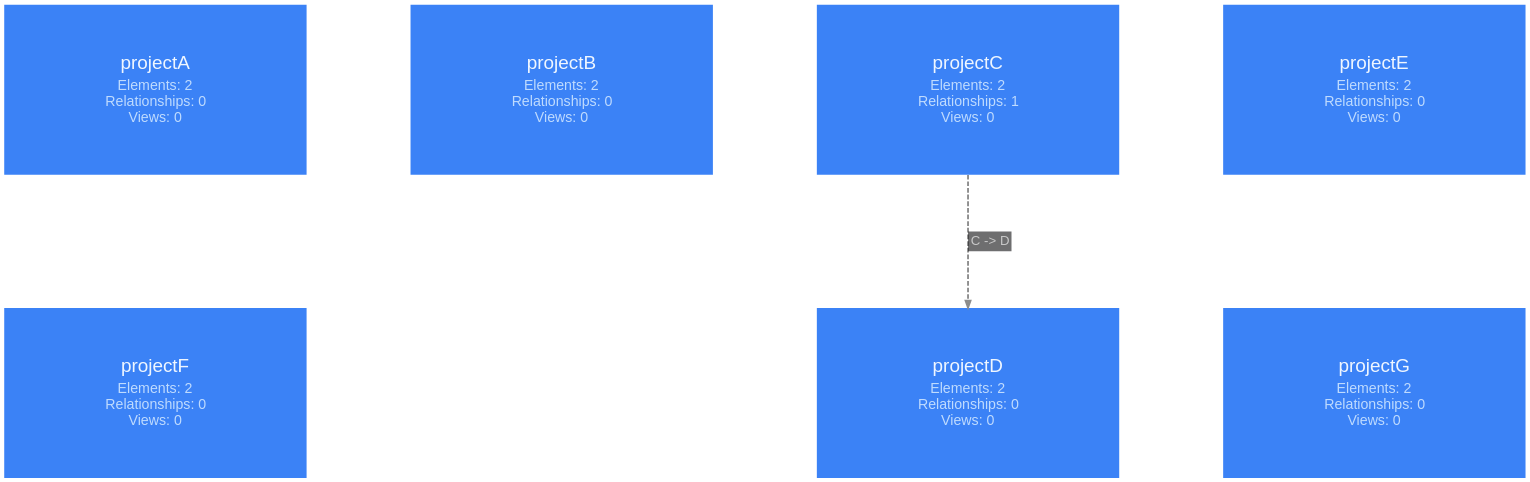
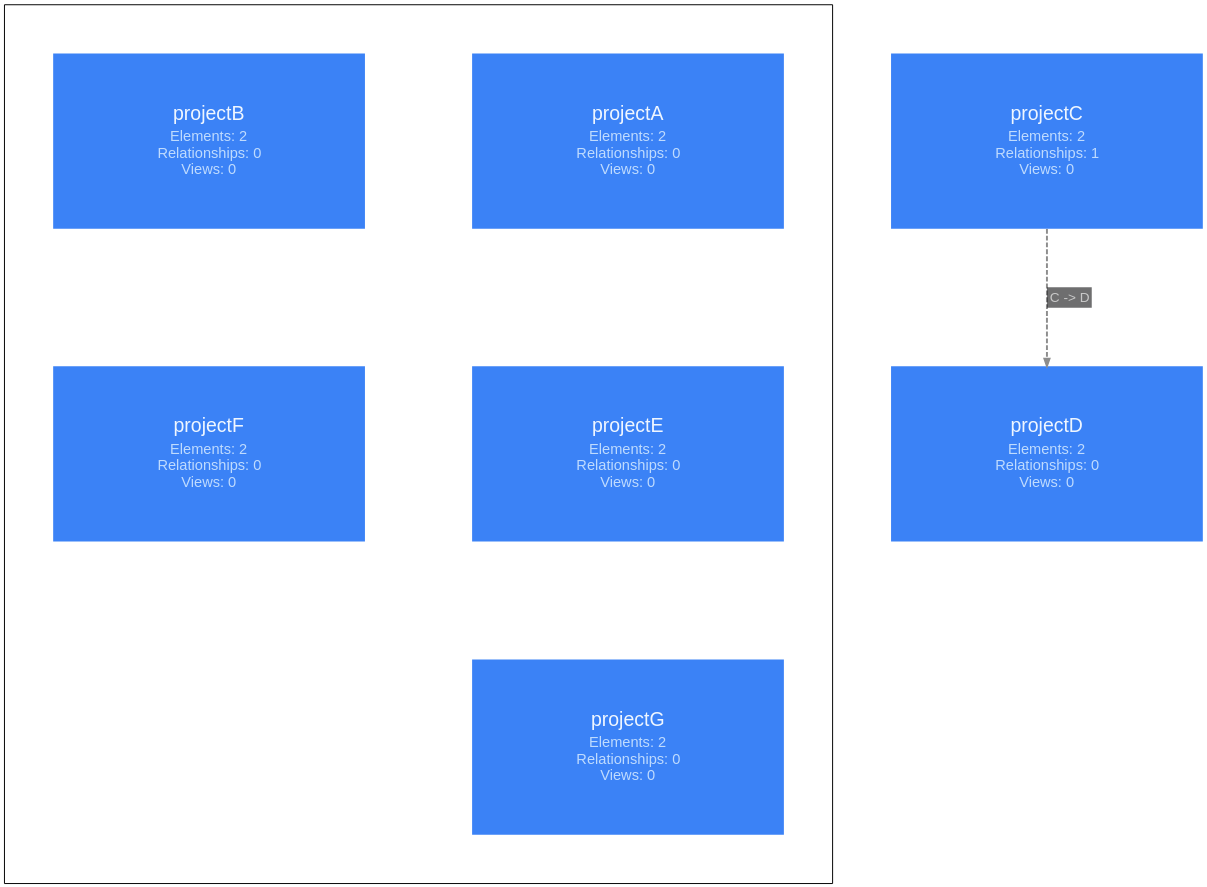
Before and after one commit to likec4/likec4: the diagram in packages/layouts/src/graphviz/__snapshots__/ProjectsViewPrinter-tile-layout-with-relationships.dot, drawn with Graphviz. The commit also changed 19 other files, not shown here.

First line of the commit message:
feat(graphviz): enhance project view handling and layout

```diff
--- a/packages/layouts/src/graphviz/__snapshots__/ProjectsViewPrinter-tile-layout-with-relationships.dot
+++ b/packages/layouts/src/graphviz/__snapshots__/ProjectsViewPrinter-tile-layout-with-relationships.dot
@@ -1,112 +1,128 @@
 digraph {
   likec4_viewId = "projects-view";
   bgcolor = "transparent";
   layout = "dot";
   compound = true;
   rankdir = "TB";
   splines = "spline";
   outputorder = "nodesfirst";
   nodesep = 1.528;
   ranksep = 1.667;
   pad = 0.209;
   fontname = "Arial";
   graph [
     fontsize = 20;
     labeljust = "l";
     labelloc = "t";
     margin = 50.1;
   ];
   edge [
     arrowsize = 0.75;
     fontname = "Arial";
     fontsize = 14;
     penwidth = 2;
     color = "#8D8D8D";
     fontcolor = "#C9C9C9";
   ];
   node [
     fontname = "Arial";
     shape = "rect";
     fillcolor = "#3b82f6";
     fontcolor = "#eff6ff";
     color = "#2563eb";
     style = "filled";
     penwidth = 0;
   ];
-  "projecta" [
-    likec4_id = "projectA";
+  "1pf41yp" [
+    likec4_id = "1pf41yp";
+    likec4_project = "projectA";
     likec4_level = 0;
     label = <<TABLE BORDER="0" CELLPADDING="0" CELLSPACING="4"><TR><TD><FONT POINT-SIZE="20">projectA</FONT></TD></TR><TR><TD><FONT POINT-SIZE="15" COLOR="#bfdbfe">Elements: 2<BR/>Relationships: 0<BR/>Views: 0</FONT></TD></TR></TABLE>>;
     margin = "0.223,0.223";
     width = 4.445;
     height = 2.5;
   ];
-  "projectb" [
-    likec4_id = "projectB";
+  "1pf41yq" [
+    likec4_id = "1pf41yq";
+    likec4_project = "projectB";
     likec4_level = 0;
     label = <<TABLE BORDER="0" CELLPADDING="0" CELLSPACING="4"><TR><TD><FONT POINT-SIZE="20">projectB</FONT></TD></TR><TR><TD><FONT POINT-SIZE="15" COLOR="#bfdbfe">Elements: 2<BR/>Relationships: 0<BR/>Views: 0</FONT></TD></TR></TABLE>>;
     margin = "0.223,0.223";
     width = 4.445;
     height = 2.5;
   ];
-  "projectc" [
-    likec4_id = "projectC";
+  "1pf41yr" [
+    likec4_id = "1pf41yr";
+    likec4_project = "projectC";
     likec4_level = 0;
     label = <<TABLE BORDER="0" CELLPADDING="0" CELLSPACING="4"><TR><TD><FONT POINT-SIZE="20">projectC</FONT></TD></TR><TR><TD><FONT POINT-SIZE="15" COLOR="#bfdbfe">Elements: 2<BR/>Relationships: 1<BR/>Views: 0</FONT></TD></TR></TABLE>>;
     margin = "0.223,0.223";
     width = 4.445;
     height = 2.5;
   ];
-  "projectd" [
-    likec4_id = "projectD";
+  "1pf41ys" [
+    likec4_id = "1pf41ys";
+    likec4_project = "projectD";
     likec4_level = 0;
     label = <<TABLE BORDER="0" CELLPADDING="0" CELLSPACING="4"><TR><TD><FONT POINT-SIZE="20">projectD</FONT></TD></TR><TR><TD><FONT POINT-SIZE="15" COLOR="#bfdbfe">Elements: 2<BR/>Relationships: 0<BR/>Views: 0</FONT></TD></TR></TABLE>>;
     margin = "0.223,0.223";
     width = 4.445;
     height = 2.5;
   ];
-  "projecte" [
-    likec4_id = "projectE";
+  "1pf41yt" [
+    likec4_id = "1pf41yt";
+    likec4_project = "projectE";
     likec4_level = 0;
     label = <<TABLE BORDER="0" CELLPADDING="0" CELLSPACING="4"><TR><TD><FONT POINT-SIZE="20">projectE</FONT></TD></TR><TR><TD><FONT POINT-SIZE="15" COLOR="#bfdbfe">Elements: 2<BR/>Relationships: 0<BR/>Views: 0</FONT></TD></TR></TABLE>>;
     margin = "0.223,0.223";
     width = 4.445;
     height = 2.5;
   ];
-  "projectf" [
-    likec4_id = "projectF";
+  "1pf41yu" [
+    likec4_id = "1pf41yu";
+    likec4_project = "projectF";
     likec4_level = 0;
     label = <<TABLE BORDER="0" CELLPADDING="0" CELLSPACING="4"><TR><TD><FONT POINT-SIZE="20">projectF</FONT></TD></TR><TR><TD><FONT POINT-SIZE="15" COLOR="#bfdbfe">Elements: 2<BR/>Relationships: 0<BR/>Views: 0</FONT></TD></TR></TABLE>>;
     margin = "0.223,0.223";
     width = 4.445;
     height = 2.5;
   ];
-  "projectg" [
-    likec4_id = "projectG";
+  "1pf41yv" [
+    likec4_id = "1pf41yv";
+    likec4_project = "projectG";
     likec4_level = 0;
     label = <<TABLE BORDER="0" CELLPADDING="0" CELLSPACING="4"><TR><TD><FONT POINT-SIZE="20">projectG</FONT></TD></TR><TR><TD><FONT POINT-SIZE="15" COLOR="#bfdbfe">Elements: 2<BR/>Relationships: 0<BR/>Views: 0</FONT></TD></TR></TABLE>>;
     margin = "0.223,0.223";
     width = 4.445;
     height = 2.5;
   ];
-  subgraph {
-    rank = "same";
-    "projecta";
-    "projectb";
-    "projecte";
+  subgraph "cluster_without_relationships" {
+    "1pf41yv";
+    subgraph {
+      rank = "same";
+      "1pf41yp";
+      "1pf41yq";
+    }
+    subgraph {
+      rank = "same";
+      "1pf41yt";
+      "1pf41yu";
+    }
+    "1pf41yp" -> "1pf41yt" [
+      style = "invis";
+    ];
+    "1pf41yq" -> "1pf41yu" [
+      style = "invis";
+    ];
+    "1pf41yt" -> "1pf41yv" [
+      style = "invis";
+    ];
   }
-  subgraph {
-    rank = "same";
-    "projectf";
-    "projectg";
-  }
-  "projectc" -> "projectd" [
+  "1pf41yr" -> "1pf41ys" [
     likec4_id = "1wwagvl";
+    likec4_project = "projectC";
     style = "dashed";
     weight = 2;
     label = <<TABLE BORDER="0" CELLPADDING="3" CELLSPACING="0" BGCOLOR="#18191BA0"><TR><TD ALIGN="TEXT" BALIGN="LEFT"><FONT POINT-SIZE="14">C -&gt; D</FONT></TD></TR></TABLE>>;
   ];
-  "projecta" -> "projectf" [
-    style = "invis";
-  ];
 }
```
